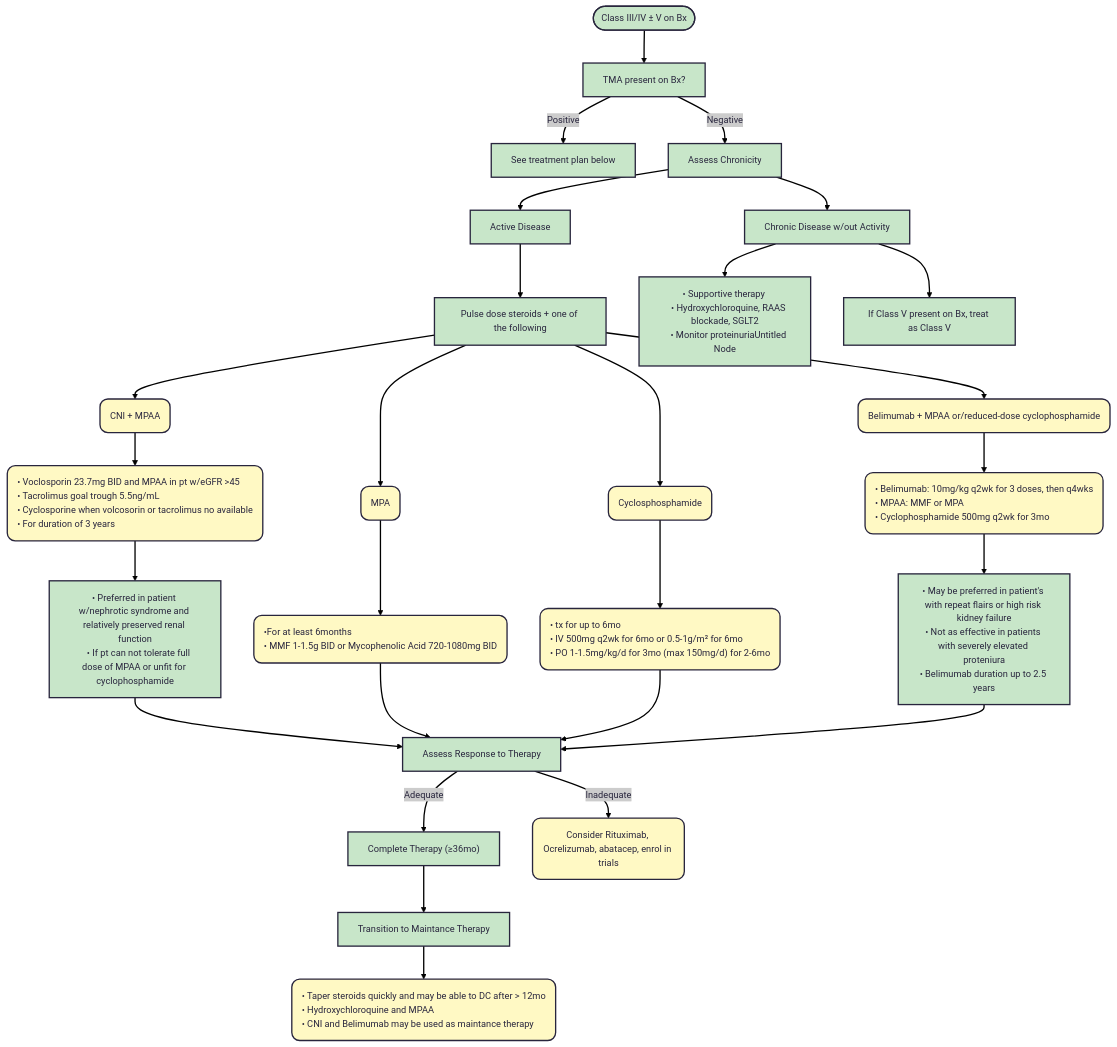
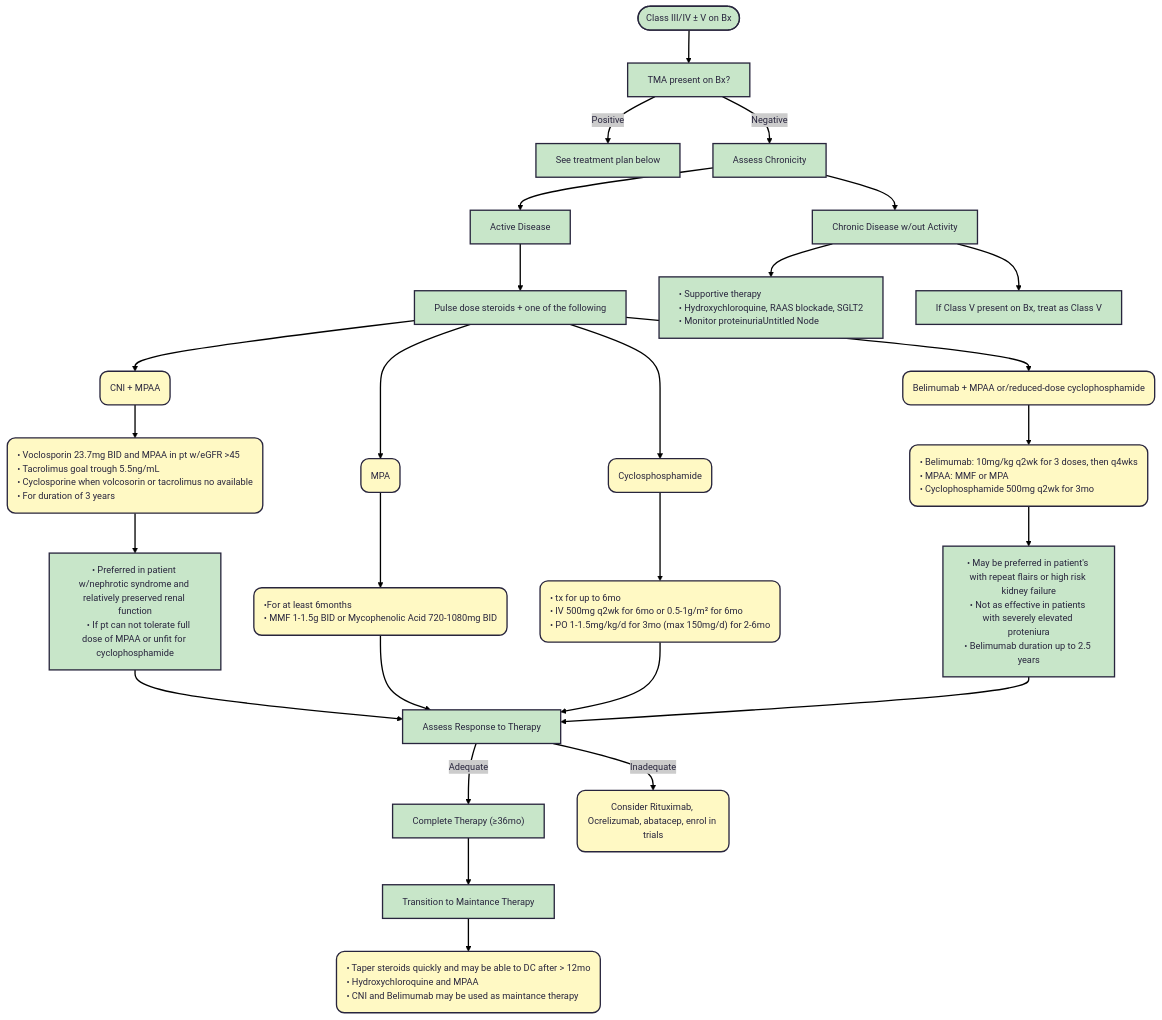
One commit to TTUNEPH2025/GN changed the second of 2 diagrams in docs/Lupus.md. Above: the diagram before and after it, drawn with Mermaid.

````diff
--- a/docs/Lupus.md
+++ b/docs/Lupus.md
@@ -120,75 +120,75 @@
 ```mermaid
 ---
 config:
   theme: redux
 ---
 flowchart TB
     A(["Class III/IV ± V on Bx"]) --> n1["TMA present on Bx?"]
     n1 -- Positive --> n2["See treatment plan below"]
     n1 -- Negative --> n3["Assess Chronicity"]
     n3 --> n4["Active Disease"] & n5["Chronic Disease w/out Activity"]
     n4 --> n6["Pulse dose steroids + one of the following"]
     n5 --> n7["• Supportive therapy 
     • Hydroxychloroquine, RAAS blockade, SGLT2
     • Monitor proteinuriaUntitled Node"] & n8["If Class V present on Bx, treat as Class V"]
     n6 --> n9["CNI + MPAA"] & n10["MPA"] & n11["Cyclosphosphamide"] & n12["Belimumab + MPAA or/reduced-dose cyclophosphamide"]
     n9 --> n13["• Voclosporin 23.7mg BID and MPAA in pt w/eGFR &gt;45
     • Tacrolimus goal trough 5.5ng/mL 
     • Cyclosporine when volcosorin or tacrolimus no available
     • For duration of 3 years"]
     n10 --> n14["•For at least 6months
     • MMF 1-1.5g BID or Mycophenolic Acid 720-1080mg BID"]
     n11 --> n15["• tx for up to 6mo
     • IV 500mg q2wk for 6mo or 0.5-1g/m² for 6mo
     • PO 1-1.5mg/kg/d for 3mo (max 150mg/d) for 2-6mo"]
     n12 --> n16["• Belimumab: 10mg/kg q2wk for 3 doses, then q4wks
     • MPAA: MMF or MPA
     • Cyclophosphamide 500mg q2wk for 3mo"]
     n13 --> n17["• Preferred in patient w/nephrotic syndrome and relatively preserved renal function
     • If pt can not tolerate full dose of MPAA or unfit for cyclophosphamide"]
     n16 --> n18@{ label: "• May be preferred in patient's with repeat flairs or high risk kidney failure\n    • Not as effective in patients with severely elevated proteniura<br/>• Belimumab duration up to 2.5 years" }
     n17 --> n19["Assess Response to Therapy"]
     n14 --> n19
     n15 --> n19
     n18 --> n19
     n19 -- Adequate --> n20["Complete Therapy (≥36mo)"]
     n19 -- Inadequate --> n21["Consider Rituximab, Ocrelizumab, abatacep, enrol in trials"]
     n20 --> n22["Transition to Maintance Therapy"]
     n22 --> n23["• Taper steroids quickly and may be able to DC after > 12mo
     • Hydroxychloroquine and MPAA
     • CNI and Belimumab may be used as maintance therapy"]
     n9@{ shape: rounded}
     n10@{ shape: rounded}
     n11@{ shape: rounded}
     n12@{ shape: rounded}
     n13@{ shape: rounded}
     n14@{ shape: rounded}
     n15@{ shape: rounded}
     n16@{ shape: rounded}
     n21@{ shape: rounded}
     n23@{ shape: rounded}
     style A fill:#C8E6C9
     style n1 fill:#C8E6C9
     style n2 fill:#C8E6C9
     style n3 fill:#C8E6C9
     style n4 fill:#C8E6C9
     style n5 fill:#C8E6C9
-    style n6 fill:#C8E6C9
-    style n7 fill:#C8E6C9
-    style n8 fill:#C8E6C9
+    style n6 fill:#C8E6C9,text-align:left,white-space:nowrap
+    style n7 fill:#C8E6C9,text-align:left,white-space:nowrap
+    style n8 fill:#C8E6C9,text-align:left,white-space:nowrap
     style n9 fill:#FFF9C4,text-align:left,white-space:nowrap
     style n10 fill:#FFF9C4,text-align:left,white-space:nowrap
     style n11 fill:#FFF9C4,text-align:left,white-space:nowrap
     style n12 fill:#FFF9C4,text-align:left,white-space:nowrap
     style n13 fill:#FFF9C4,text-align:left,white-space:nowrap
     style n14 fill:#FFF9C4,text-align:left,white-space:nowrap
     style n15 fill:#FFF9C4,text-align:left,white-space:nowrap
     style n16 fill:#FFF9C4,text-align:left,white-space:nowrap
     style n17 fill:#C8E6C9
     style n18 fill:#C8E6C9
     style n19 fill:#C8E6C9
     style n20 fill:#C8E6C9
     style n21 fill:#FFF9C4
     style n22 fill:#C8E6C9,text-align:left,white-space:nowrap
     style n23 fill:#FFF9C4,text-align:left,white-space:nowrap
 ```
````
